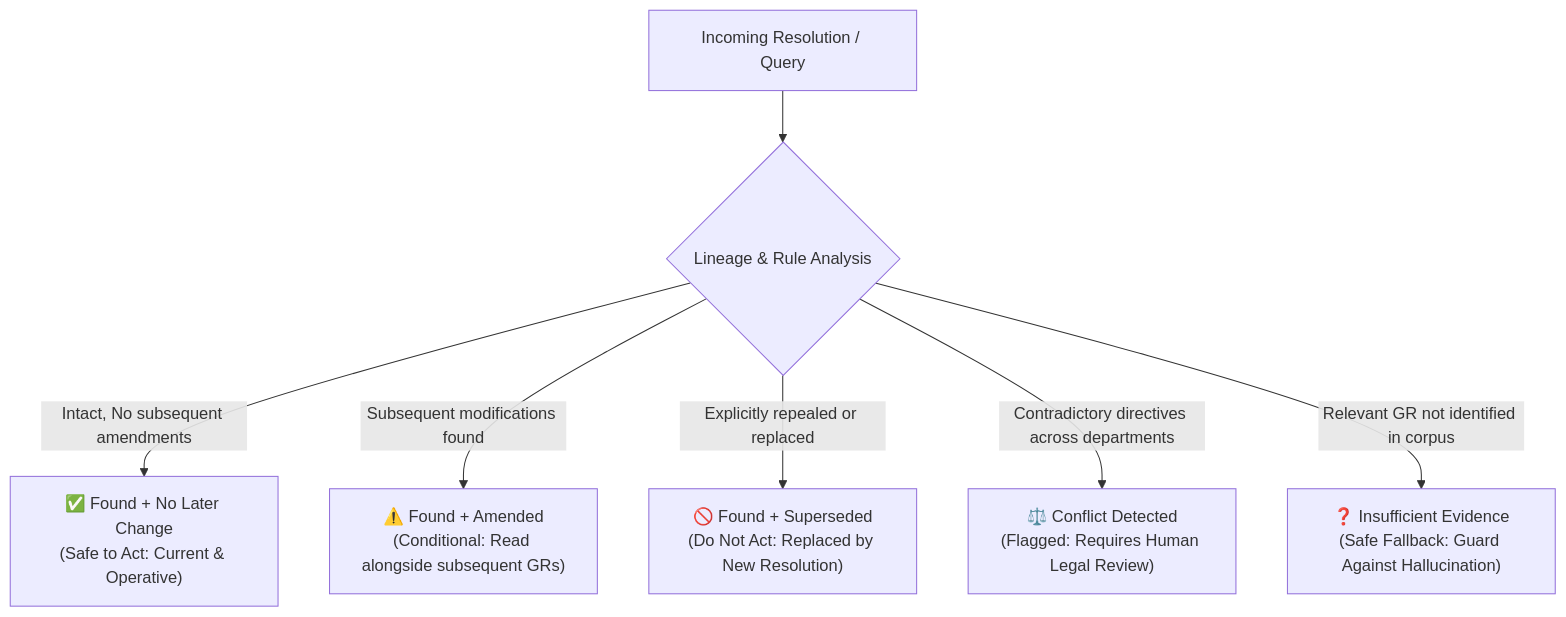
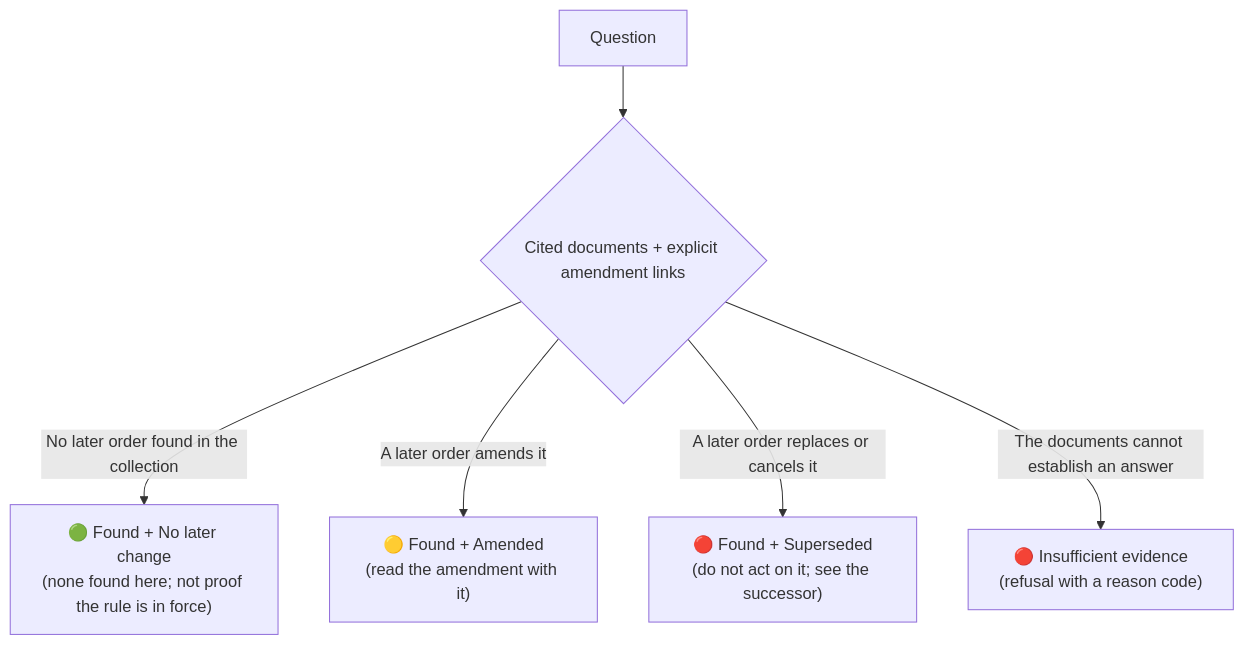
Before and after one commit to Vivek-Maheshwari-07/GovResolve-AI: the first of 2 diagrams in README.md, drawn with Mermaid. The commit also changed other lines of this file and 13 other files, not shown here.

````diff
--- a/README.md
+++ b/README.md
@@ -34,9 +36,8 @@
 ```mermaid
 flowchart TD
-    Q[Incoming Resolution / Query] --> S{Lineage & Rule Analysis}
-    S -->|Intact, No subsequent amendments| A["✅ Found + No Later Change<br/>(Safe to Act: Current & Operative)"]
-    S -->|Subsequent modifications found| B["⚠️ Found + Amended<br/>(Conditional: Read alongside subsequent GRs)"]
-    S -->|Explicitly repealed or replaced| C["🚫 Found + Superseded<br/>(Do Not Act: Replaced by New Resolution)"]
-    S -->|Contradictory directives across departments| D["⚖️ Conflict Detected<br/>(Flagged: Requires Human Legal Review)"]
-    S -->|Relevant GR not identified in corpus| E["❓ Insufficient Evidence<br/>(Safe Fallback: Guard Against Hallucination)"]
+    Q[Question] --> S{Cited documents + explicit amendment links}
+    S -->|No later order found in the collection| A["🟢 Found + No later change<br/>(none found here; not proof the rule is in force)"]
+    S -->|A later order amends it| B["🟡 Found + Amended<br/>(read the amendment with it)"]
+    S -->|A later order replaces or cancels it| C["🔴 Found + Superseded<br/>(do not act on it; see the successor)"]
+    S -->|The documents cannot establish an answer| E["🔴 Insufficient evidence<br/>(refusal with a reason code)"]
 ```
````
